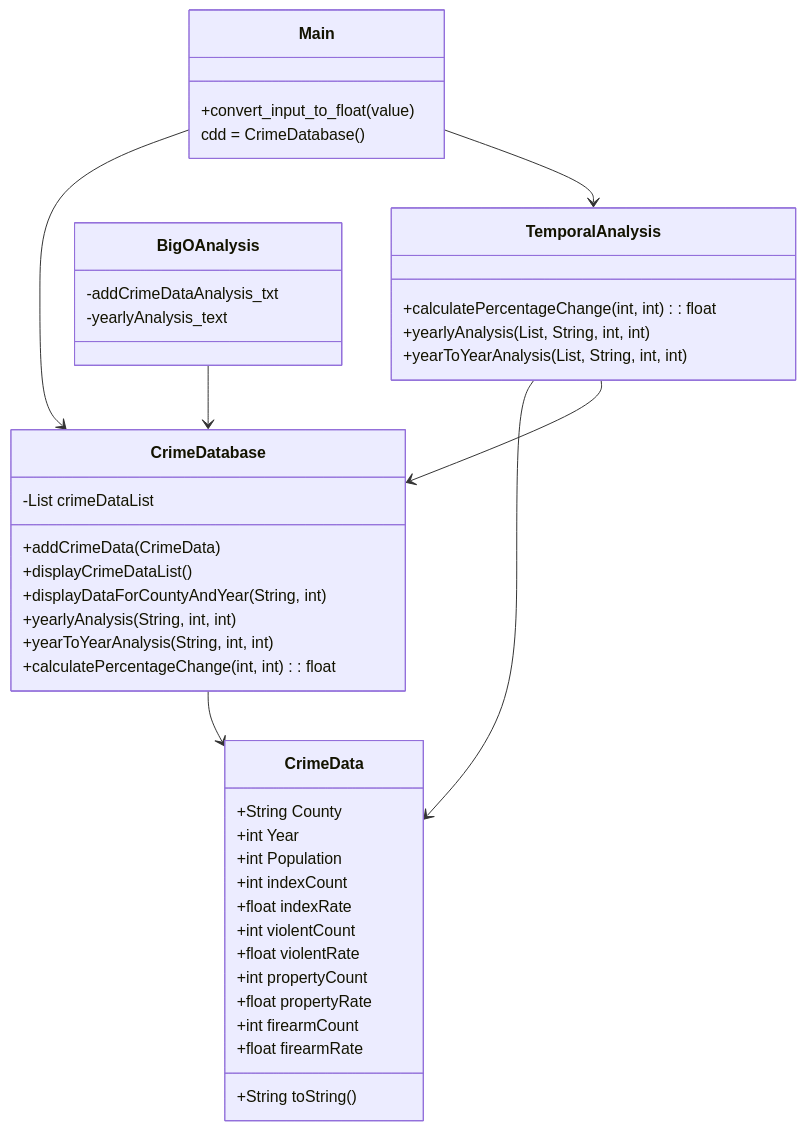
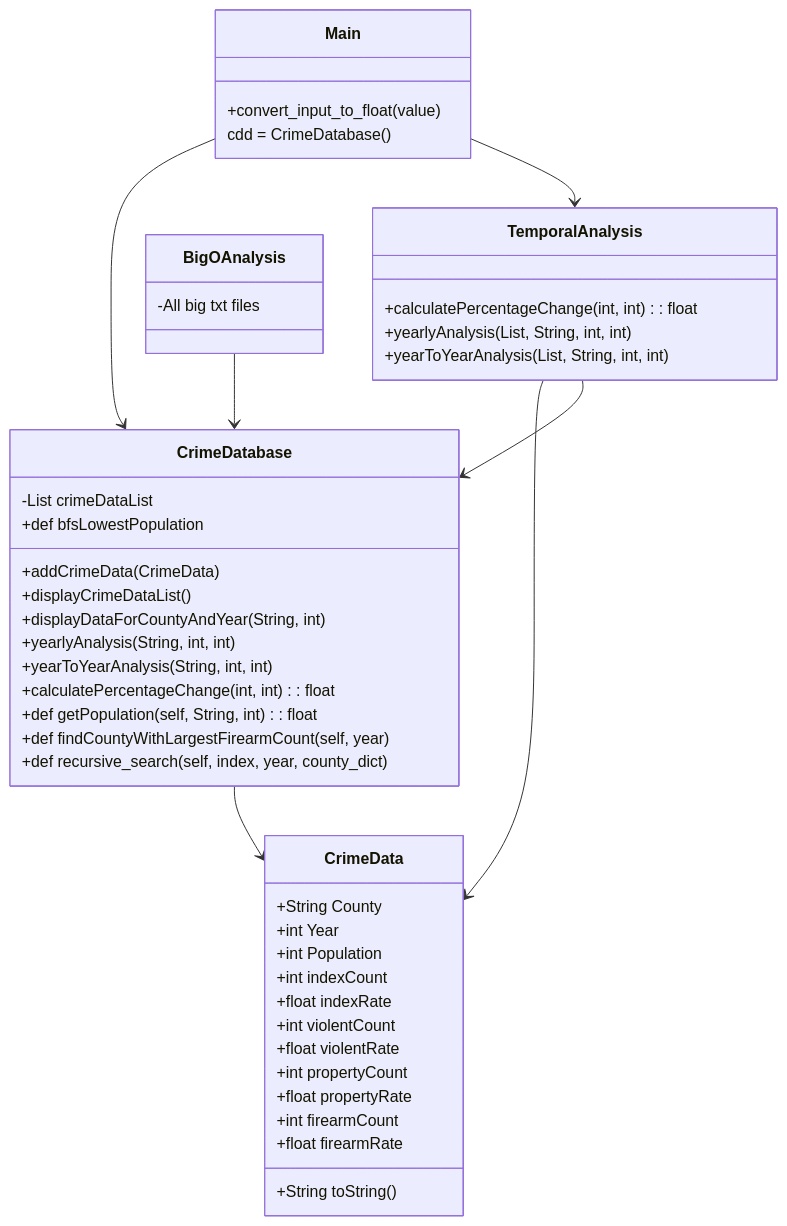
The diagram in dsa-23au/Jon-AppFinal/README.md (TheEvergreenStateCollege/upper-division-cs-23-24), drawn with Mermaid before and after one commit. The commit also changed 5 other files, not shown here.

````diff
--- a/dsa-23au/Jon-AppFinal/README.md
+++ b/dsa-23au/Jon-AppFinal/README.md
@@ -41,49 +41,57 @@
 ```mermaid
 classDiagram
     CrimeData 
     CrimeData : +String County
     CrimeData : +int Year
     CrimeData : +int Population
     CrimeData : +int indexCount
     CrimeData : +float indexRate
     CrimeData : +int violentCount
     CrimeData : +float violentRate
     CrimeData : +int propertyCount
     CrimeData : +float propertyRate
     CrimeData : +int firearmCount
     CrimeData : +float firearmRate
     CrimeData : +String toString()
 
     class Main {
         +convert_input_to_float(value)
         cdd = CrimeDatabase()
     }
+
+    
     
     class CrimeDatabase {
       -List<CrimeData> crimeDataList
       +addCrimeData(CrimeData)
       +displayCrimeDataList()
       +displayDataForCountyAndYear(String, int)
       +yearlyAnalysis(String, int, int)
       +yearToYearAnalysis(String, int, int)
       +calculatePercentageChange(int, int) : float
+      +def bfsLowestPopulation
+      +def getPopulation(self, String, int) : float
+      +def findCountyWithLargestFirearmCount(self, year)
+      +def recursive_search(self, index, year, county_dict)
     }
 
     class TemporalAnalysis {
       +calculatePercentageChange(int, int) : float
       +yearlyAnalysis(List<CrimeData>, String, int, int)
       +yearToYearAnalysis(List<CrimeData>, String, int, int)
     }
 
     class BigOAnalysis {
-      -addCrimeDataAnalysis_txt
-      -yearlyAnalysis_text
+      -All big txt files
     }
+       
 
     CrimeDatabase --> CrimeData
     TemporalAnalysis --> CrimeData
     TemporalAnalysis --> CrimeDatabase
     BigOAnalysis --> CrimeDatabase
     Main --> CrimeDatabase  
     Main --> TemporalAnalysis  
+     
+
 ```
````
